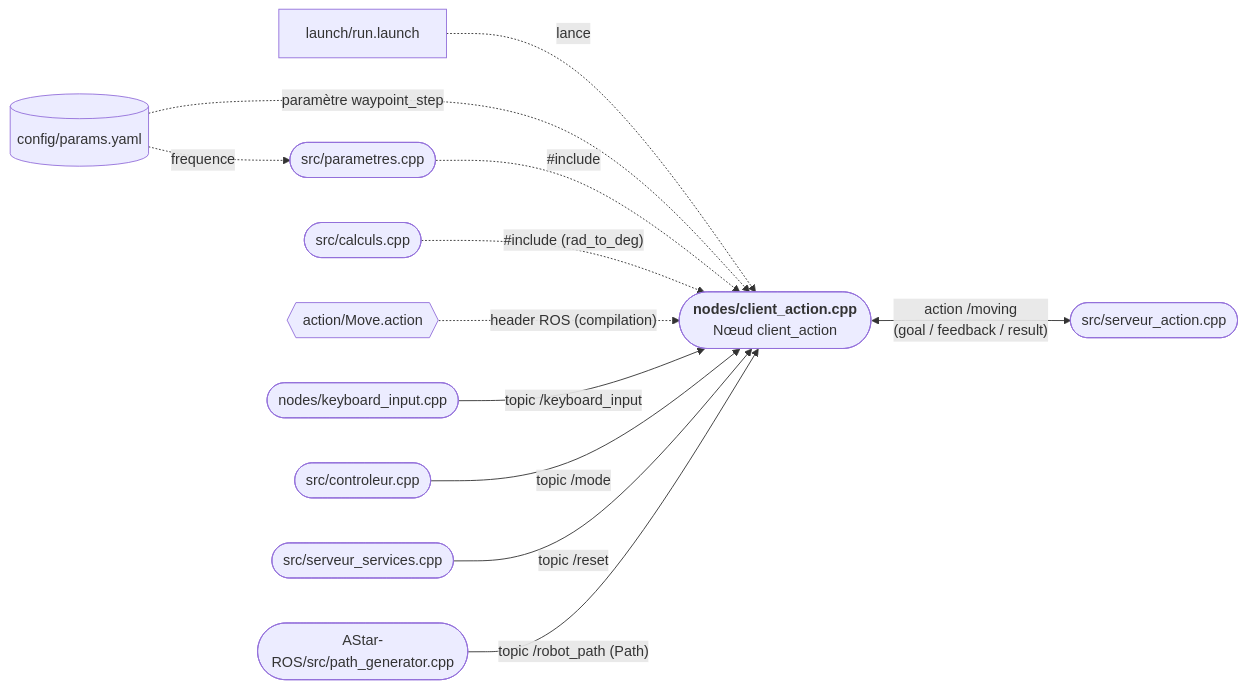
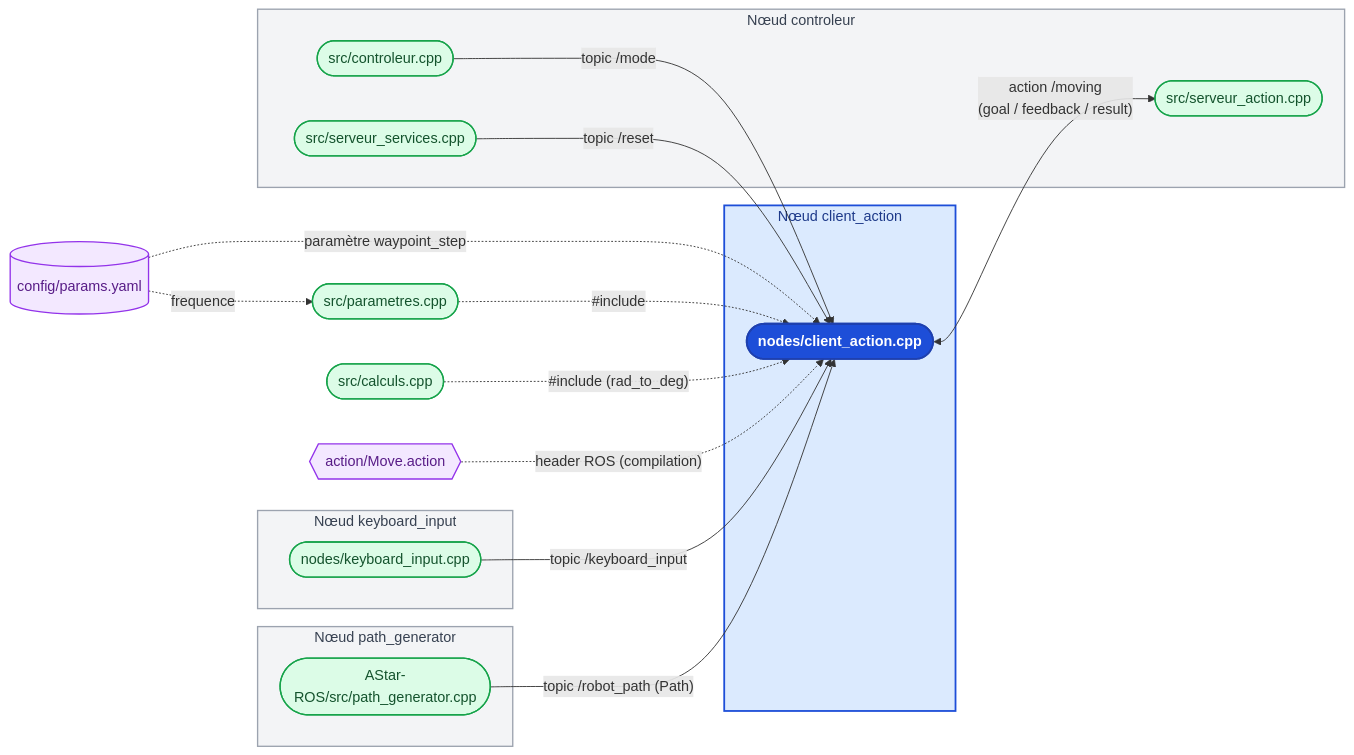
The sixth of 7 diagrams in robotique_et_navigation/Rapport/Rapport.md (benoitdekeyn/E4SE_TD_TP), drawn with Mermaid before and after one commit. The commit also changed other lines of this file and 2 other files, not shown here.

Commit message:
colored zoom diagrams

````diff
--- a/robotique_et_navigation/Rapport/Rapport.md
+++ b/robotique_et_navigation/Rapport/Rapport.md
@@ -279,30 +337,49 @@
-```mermaid direction=LR
+```mermaid
 flowchart LR
-    L_RUN["`launch/run.launch`"]
     C_PARAMS[("`config/params.yaml`")]
     M_PARAMS(["`src/parametres.cpp`"])
     M_CALC(["`src/calculs.cpp`"])
     A_MOVE{{"`action/Move.action`"}}
-    N_KEY(["`nodes/keyboard_input.cpp`"])
-    N_CTRL(["`src/controleur.cpp`"])
-    N_SSRV(["`src/serveur_services.cpp`"])
-    N_PG(["`AStar-ROS/src/path_generator.cpp`"])
 
-    NODE(["`**nodes/client_action.cpp**<br/>Nœud client_action`"])
+    subgraph SG_KEY["Nœud keyboard_input"]
+        N_KEY(["`nodes/keyboard_input.cpp`"])
+    end
 
-    N_SACT(["`src/serveur_action.cpp`"])
+    subgraph SG_PG["Nœud path_generator"]
+        N_PG(["`AStar-ROS/src/path_generator.cpp`"])
+    end
 
-    L_RUN -.->|"lance"| NODE
+    subgraph SG_CACT["Nœud client_action"]
+        NODE(["`**nodes/client_action.cpp**`"])
+    end
+
+    subgraph SG_CTRL["Nœud controleur"]
+        N_CTRL(["`src/controleur.cpp`"])
+        N_SSRV(["`src/serveur_services.cpp`"])
+        N_SACT(["`src/serveur_action.cpp`"])
+    end
+
     C_PARAMS -.->|"frequence"| M_PARAMS
     C_PARAMS -.->|"paramètre waypoint_step"| NODE
     M_PARAMS -.->|"#include"| NODE
     M_CALC -.->|"#include (rad_to_deg)"| NODE
     A_MOVE -.->|"header ROS (compilation)"| NODE
 
     N_KEY -->|"topic /keyboard_input"| NODE
+    N_PG -->|"topic /robot_path (Path)"| NODE
     N_CTRL -->|"topic /mode"| NODE
     N_SSRV -->|"topic /reset"| NODE
-    N_PG -->|"topic /robot_path (Path)"| NODE
 
     NODE <-->|"action /moving<br/>(goal / feedback / result)"| N_SACT
+
+    classDef cpp fill:#dcfce7,stroke:#16a34a,stroke-width:1.5px,color:#14532d
+    classDef autre fill:#f3e8ff,stroke:#9333ea,stroke-width:1.5px,color:#581c87
+
+    class M_PARAMS,M_CALC,N_KEY,N_PG,N_CTRL,N_SSRV,N_SACT cpp
+    class C_PARAMS,A_MOVE autre
+    style SG_CACT fill:#dbeafe,stroke:#1d4ed8,stroke-width:2px,color:#1e3a8a
+    style NODE fill:#1d4ed8,stroke:#1e40af,stroke-width:2px,color:#ffffff
+    style SG_KEY fill:#f3f4f6,stroke:#9ca3af,stroke-width:1.5px,color:#374151
+    style SG_PG fill:#f3f4f6,stroke:#9ca3af,stroke-width:1.5px,color:#374151
+    style SG_CTRL fill:#f3f4f6,stroke:#9ca3af,stroke-width:1.5px,color:#374151
 ```
````
